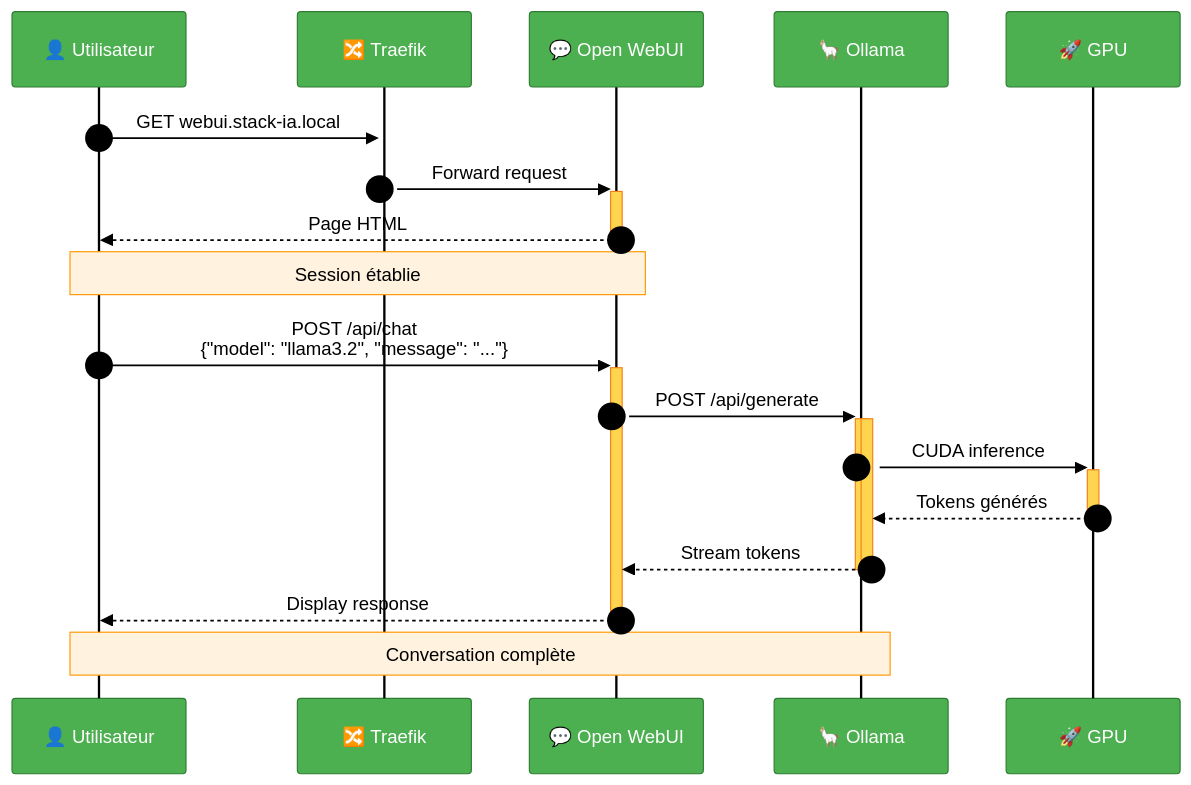
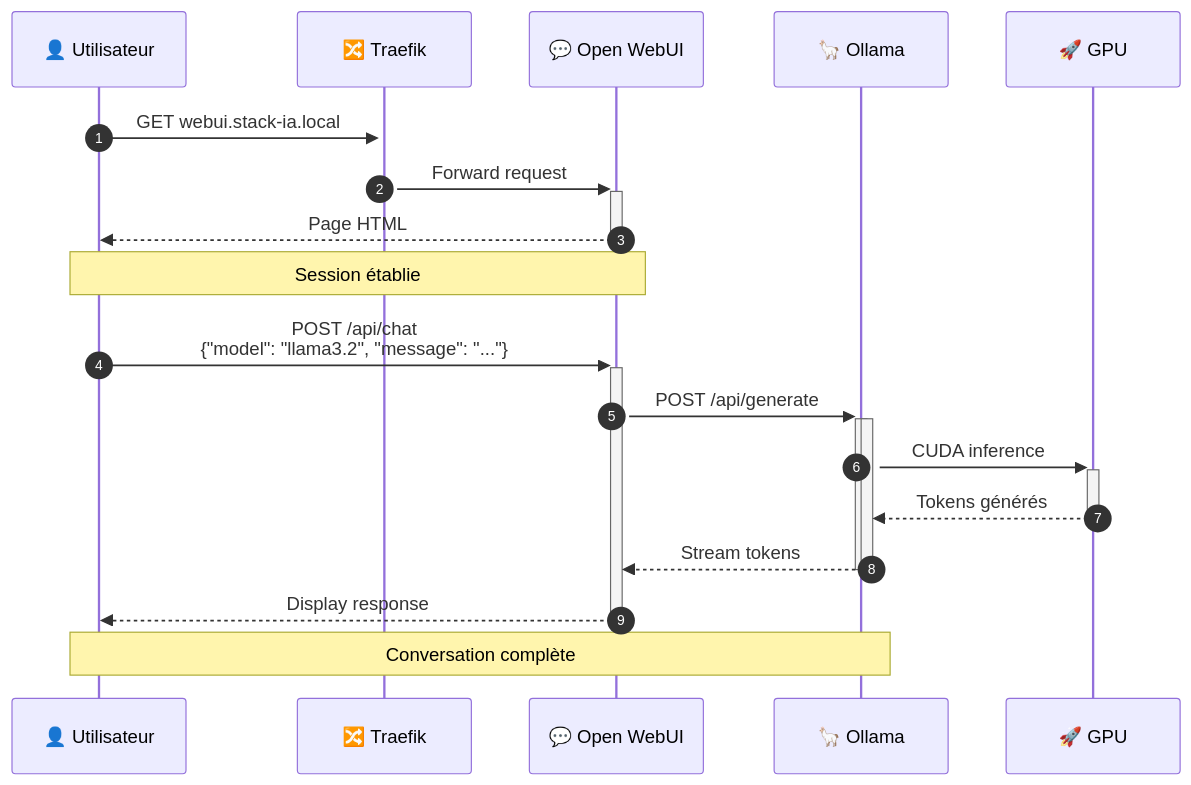
One commit to MPFabio/Stack-IA changed the seventh of 14 diagrams in docs/ARCHITECTURE.md. Above: the diagram before and after it, drawn with Mermaid. The commit also changed other lines of this file, not shown here.

First line of the commit message:
fix(docs): Utilisation thème default Mermaid pour auto-adaptation

````diff
--- a/docs/ARCHITECTURE.md
+++ b/docs/ARCHITECTURE.md
@@ -471,27 +471,27 @@
 ```mermaid
-%%{init: {'theme':'base', 'themeVariables': {'background':'#ffffff','mainBkg':'#ffffff','actorBkg':'#4CAF50','actorBorder':'#2e7d32','actorTextColor':'#fff','actorLineColor':'#000','noteBkgColor':'#fff3e0','noteTextColor':'#000','noteBorderColor':'#ff9800','signalColor':'#000','signalTextColor':'#000','labelBoxBkgColor':'#e3f2fd','labelTextColor':'#000','loopTextColor':'#000','activationBkgColor':'#ffd54f','activationBorderColor':'#f57f17','sequenceNumberColor':'#000'}}}%%
+%%{init: {'theme':'default'}}%%
 sequenceDiagram
     autonumber
     participant U as 👤 Utilisateur
     participant T as 🔀 Traefik
     participant W as 💬 Open WebUI
     participant O as 🦙 Ollama
     participant G as 🚀 GPU
     
     U->>+T: GET webui.stack-ia.local
     T->>+W: Forward request
     W-->>-U: Page HTML
     
     Note over U,W: Session établie
     
     U->>+W: POST /api/chat<br/>{"model": "llama3.2", "message": "..."}
     W->>+O: POST /api/generate
     activate O
     O->>+G: CUDA inference
     G-->>-O: Tokens générés
     O-->>-W: Stream tokens
     deactivate O
     W-->>-U: Display response
     
     Note over U,O: Conversation complète
 ```
````
